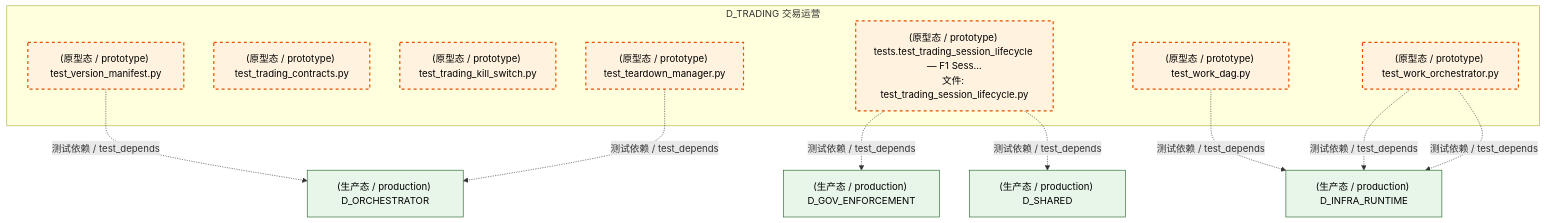
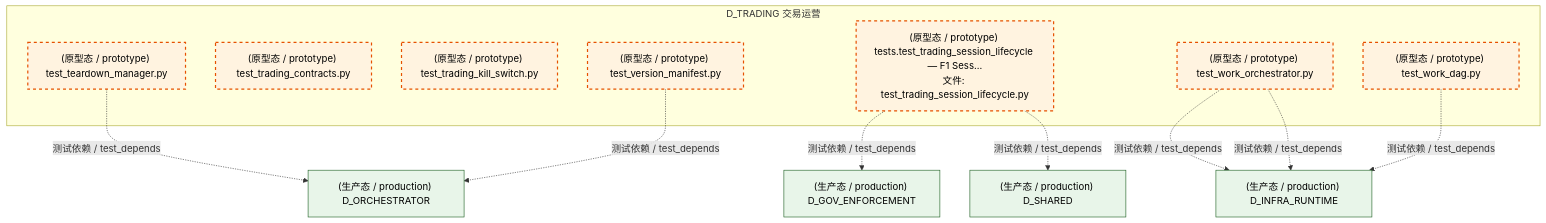
One commit to xuanFelixVan/ZephyrAlpha changed the fourth of 7 diagrams in docs/02_enterprise_architecture/02_domain_architecture_docs/58_d_trading.md. Above: the diagram before and after it, drawn with Mermaid. The commit also changed other lines of this file and 123 other files, not shown here.

````diff
--- a/docs/02_enterprise_architecture/02_domain_architecture_docs/58_d_trading.md
+++ b/docs/02_enterprise_architecture/02_domain_architecture_docs/58_d_trading.md
@@ -428,29 +428,29 @@
 ```mermaid
 graph TD
     subgraph D_TRADING["D_TRADING 交易运营"]
         tests_trading_test_teardown_manager_py["(原型态 / prototype) test_teardown_manager.py"]
         tests_trading_test_trading_contracts_py["(原型态 / prototype) test_trading_contracts.py"]
         tests_trading_test_trading_kill_switch_py["(原型态 / prototype) test_trading_kill_switch.py"]
         tests_trading_test_trading_session_lifecycle_py["(原型态 / prototype) tests.test_trading_session_lifecycle — F1 Sess...<br/>文件: test_trading_session_lifecycle.py"]
         tests_trading_test_version_manifest_py["(原型态 / prototype) test_version_manifest.py"]
         tests_trading_test_work_dag_py["(原型态 / prototype) test_work_dag.py"]
         tests_trading_test_work_orchestrator_py["(原型态 / prototype) test_work_orchestrator.py"]
     end
-    D_INFRA_RUNTIME["(生产态 / production) D_INFRA_RUNTIME"]
-    tests_trading_test_work_dag_py -.->|测试依赖 / test_depends| D_INFRA_RUNTIME
+    D_ORCHESTRATOR["(生产态 / production) D_ORCHESTRATOR"]
+    tests_trading_test_teardown_manager_py -.->|测试依赖 / test_depends| D_ORCHESTRATOR
     D_GOV_ENFORCEMENT["(生产态 / production) D_GOV_ENFORCEMENT"]
     tests_trading_test_trading_session_lifecycle_py -.->|测试依赖 / test_depends| D_GOV_ENFORCEMENT
     D_SHARED["(生产态 / production) D_SHARED"]
     tests_trading_test_trading_session_lifecycle_py -.->|测试依赖 / test_depends| D_SHARED
+    D_INFRA_RUNTIME["(生产态 / production) D_INFRA_RUNTIME"]
     tests_trading_test_work_orchestrator_py -.->|测试依赖 / test_depends| D_INFRA_RUNTIME
     tests_trading_test_work_orchestrator_py -.->|测试依赖 / test_depends| D_INFRA_RUNTIME
-    D_ORCHESTRATOR["(生产态 / production) D_ORCHESTRATOR"]
     tests_trading_test_version_manifest_py -.->|测试依赖 / test_depends| D_ORCHESTRATOR
-    tests_trading_test_teardown_manager_py -.->|测试依赖 / test_depends| D_ORCHESTRATOR
+    tests_trading_test_work_dag_py -.->|测试依赖 / test_depends| D_INFRA_RUNTIME
     classDef production fill:#e1f5fe,stroke:#01579b,stroke-width:2px,color:#000
     classDef design fill:#fff3e0,stroke:#e65100,stroke-width:2px,color:#000,stroke-dasharray: 5 5
     classDef external_prod fill:#e8f5e9,stroke:#1b5e20,stroke-width:1px,color:#000
     classDef external_design fill:#fce4ec,stroke:#880e4f,stroke-width:1px,color:#000,stroke-dasharray: 5 5
     class tests_trading_test_teardown_manager_py,tests_trading_test_trading_contracts_py,tests_trading_test_trading_kill_switch_py,tests_trading_test_trading_session_lifecycle_py,tests_trading_test_version_manifest_py,tests_trading_test_work_dag_py,tests_trading_test_work_orchestrator_py design
-    class D_INFRA_RUNTIME,D_GOV_ENFORCEMENT,D_SHARED,D_ORCHESTRATOR external_prod
+    class D_ORCHESTRATOR,D_GOV_ENFORCEMENT,D_SHARED,D_INFRA_RUNTIME external_prod
 ```
````
